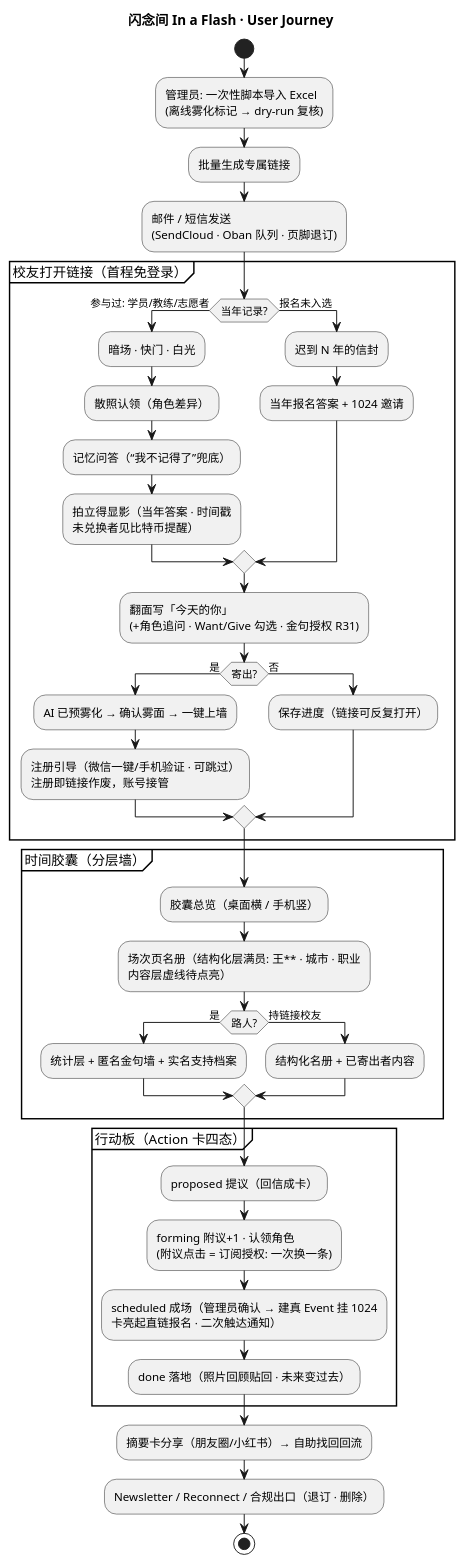
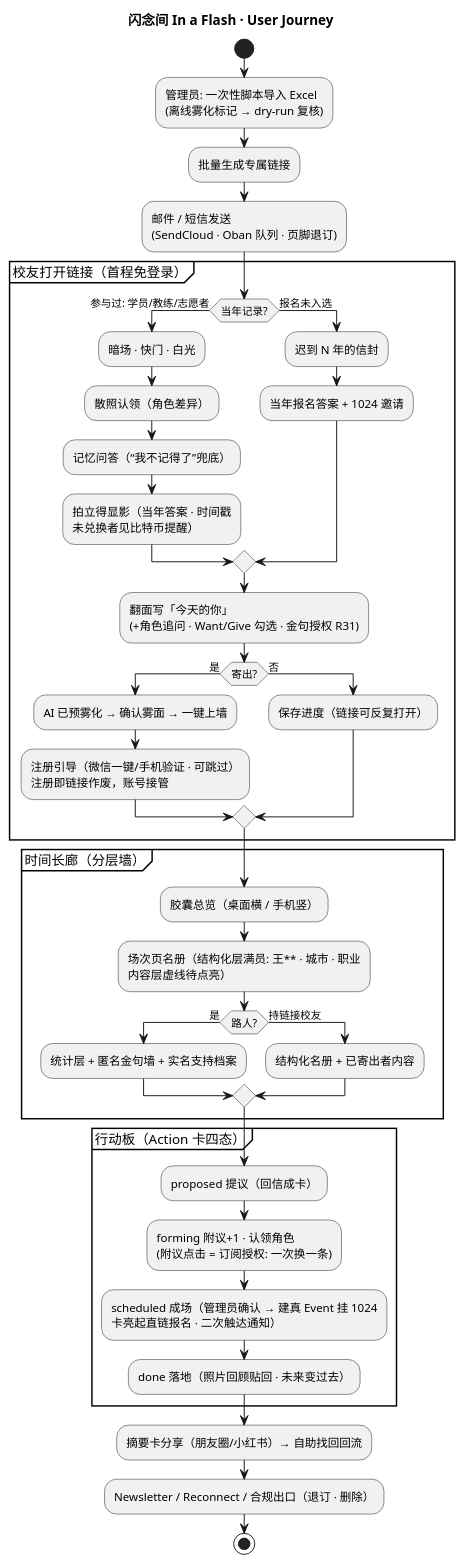
One commit to CodingGirlsClub/cgc_2046 changed the second of 3 diagrams in docs/plans/2026-09-17-2032-feat-in-a-flash-reconnect-plan.md. Above: the diagram before and after it, drawn with PlantUML. The commit also changed other lines of this file and 13 other files, not shown here.

````diff
--- a/docs/plans/2026-09-17-2032-feat-in-a-flash-reconnect-plan.md
+++ b/docs/plans/2026-09-17-2032-feat-in-a-flash-reconnect-plan.md
@@ -267,45 +267,45 @@
 ```plantuml
 @startuml
 title 闪念间 In a Flash · User Journey
 start
 :管理员: 一次性脚本导入 Excel\n(离线雾化标记 → dry-run 复核);
 :批量生成专属链接;
 :邮件 / 短信发送\n(SendCloud · Oban 队列 · 页脚退订);
 partition "校友打开链接（首程免登录）" {
   if (当年记录?) then (参与过: 学员/教练/志愿者)
     :暗场 · 快门 · 白光;
     :散照认领（角色差异）;
     :记忆问答（“我不记得了”兜底）;
     :拍立得显影（当年答案 · 时间戳\n未兑换者见比特币提醒）;
   else (报名未入选)
     :迟到 N 年的信封;
     :当年报名答案 + 1024 邀请;
   endif
   :翻面写「今天的你」\n(+角色追问 · Want/Give 勾选 · 金句授权 R31);
   if (寄出?) then (是)
     :AI 已预雾化 → 确认雾面 → 一键上墙;
     :注册引导（微信一键/手机验证 · 可跳过）\n注册即链接作废，账号接管;
   else (否)
     :保存进度（链接可反复打开）;
   endif
 }
-partition "时间胶囊（分层墙）" {
+partition "时间长廊（分层墙）" {
   :胶囊总览（桌面横 / 手机竖）;
   :场次页名册（结构化层满员: 王** · 城市 · 职业\n内容层虚线待点亮）;
   if (路人?) then (是)
     :统计层 + 匿名金句墙 + 实名支持档案;
   else (持链接校友)
     :结构化名册 + 已寄出者内容;
   endif
 }
 partition "行动板（Action 卡四态）" {
   :proposed 提议（回信成卡）;
   :forming 附议+1 · 认领角色\n(附议点击 = 订阅授权: 一次换一条);
   :scheduled 成场（管理员确认 → 建真 Event 挂 1024\n卡亮起直链报名 · 二次触达通知）;
   :done 落地（照片回顾贴回 · 未来变过去）;
 }
 :摘要卡分享（朋友圈/小红书）→ 自助找回回流;
 :Newsletter / Reconnect / 合规出口（退订 · 删除）;
 stop
 @enduml
 ```
````
